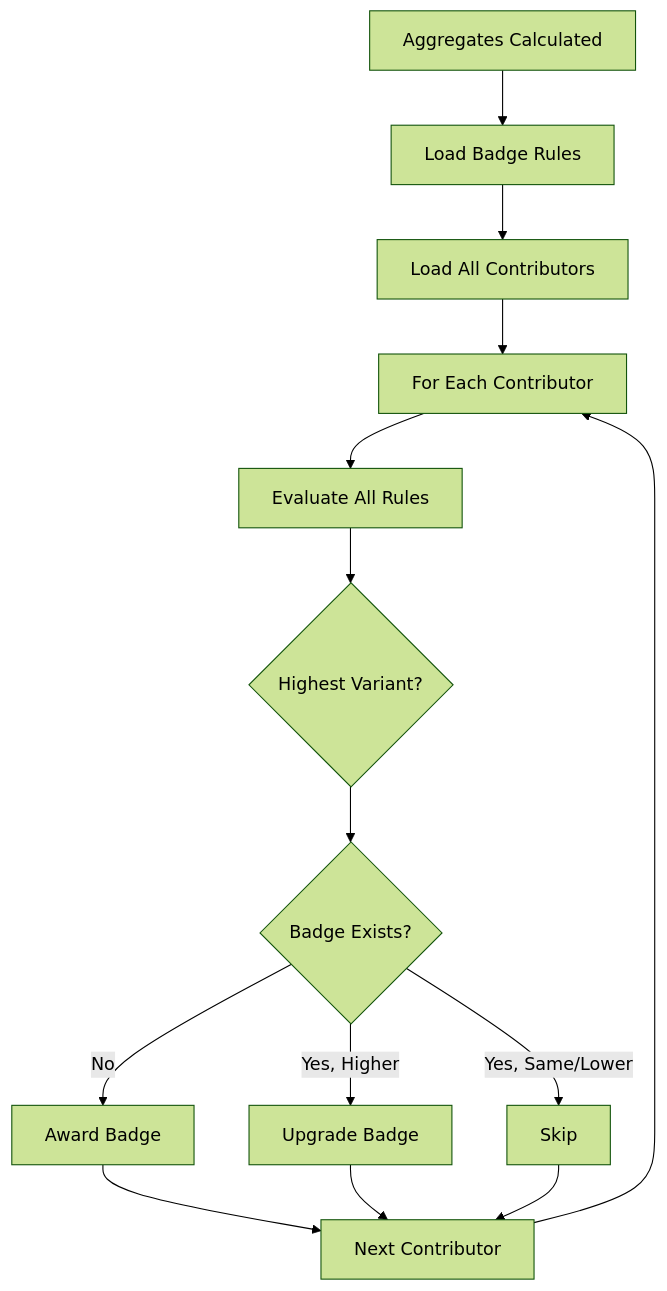
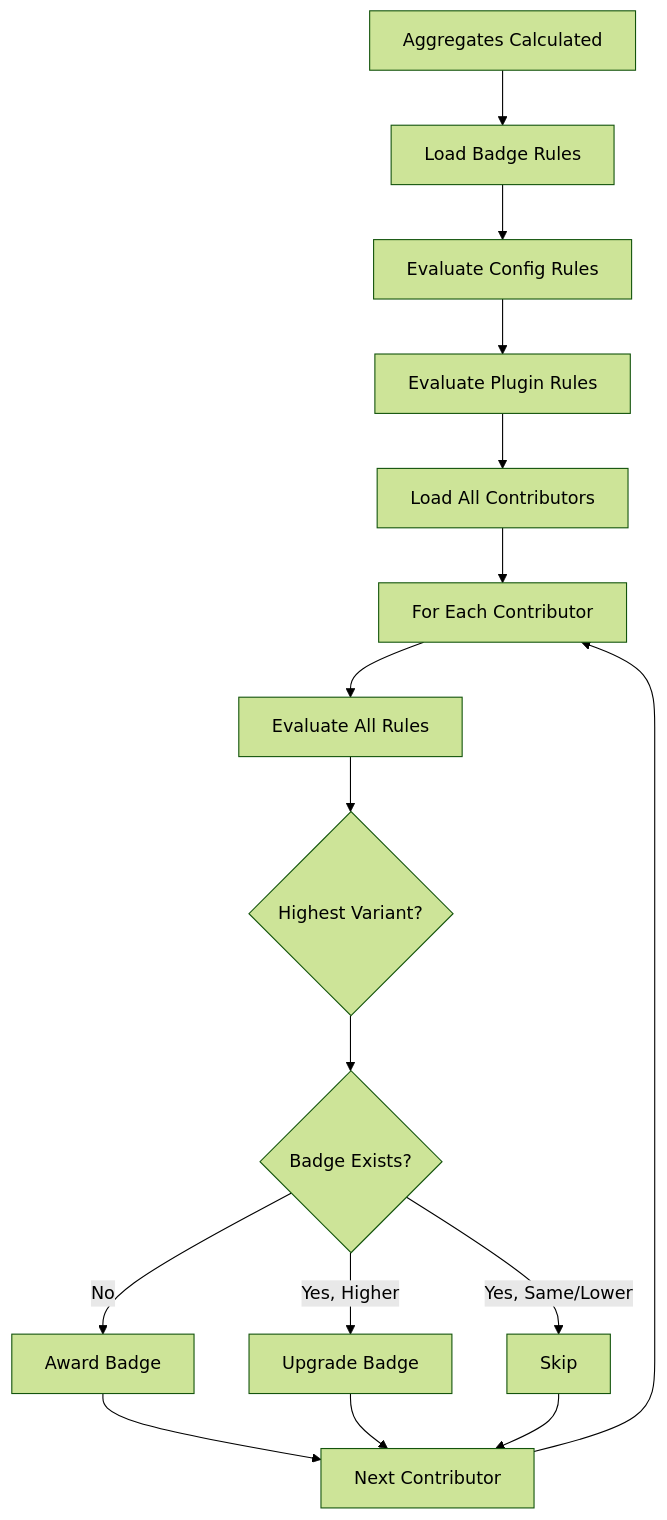
Before and after one commit to ohcnetwork/leaderboard: the diagram in docs/badges.mdx, drawn with Mermaid (forest theme). The commit also changed other lines of this file and 27 other files, not shown here.

````diff
--- a/docs/badges.mdx
+++ b/docs/badges.mdx
@@ -218,16 +296,18 @@
 ```mermaid
 graph TD
     Start[Aggregates Calculated] --> LoadRules[Load Badge Rules]
-    LoadRules --> LoadContributors[Load All Contributors]
+    LoadRules --> ConfigRules[Evaluate Config Rules]
+    ConfigRules --> PluginRules[Evaluate Plugin Rules]
+    PluginRules --> LoadContributors[Load All Contributors]
     LoadContributors --> ForEach[For Each Contributor]
     ForEach --> EvalRules[Evaluate All Rules]
     EvalRules --> CheckVariant{Highest Variant?}
     CheckVariant --> CheckExisting{Badge Exists?}
     CheckExisting -->|No| Award[Award Badge]
     CheckExisting -->|Yes, Higher| Upgrade[Upgrade Badge]
     CheckExisting -->|Yes, Same/Lower| Skip[Skip]
     Award --> Next[Next Contributor]
     Upgrade --> Next
     Skip --> Next
     Next --> ForEach
 ```
````
